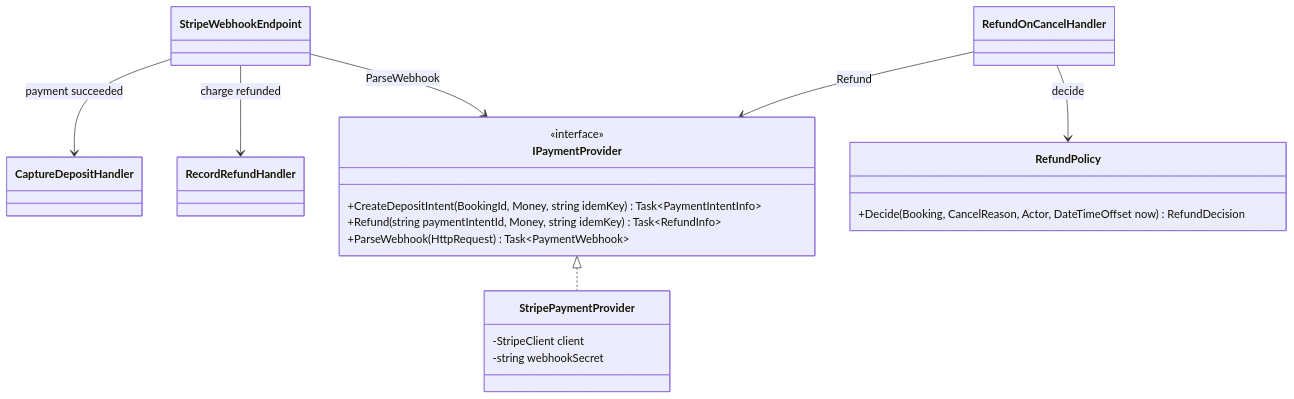
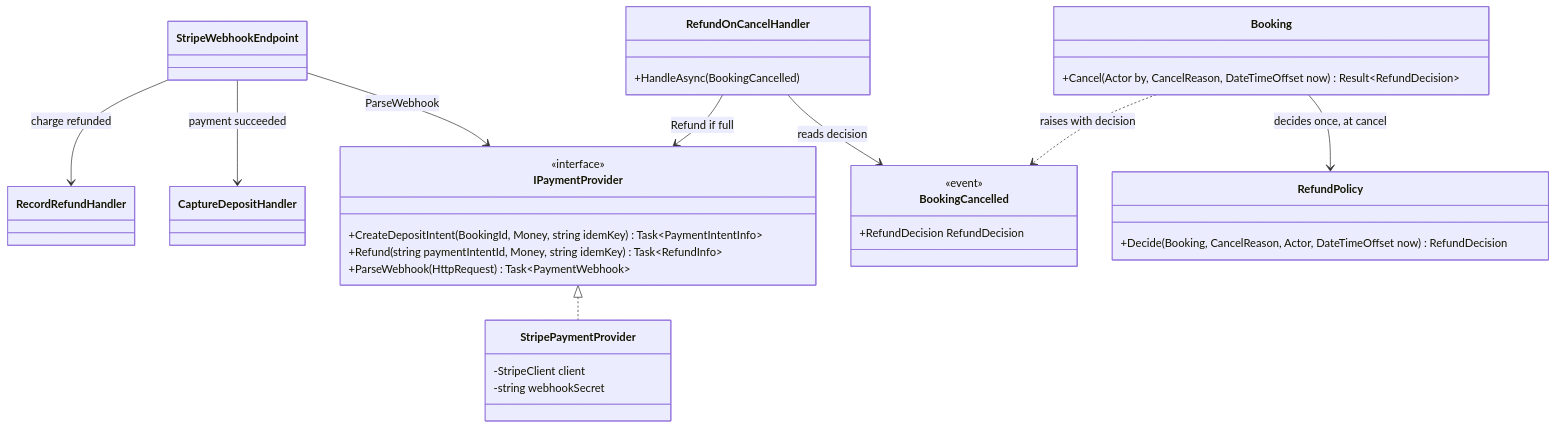
One commit to ring9834/TableReservation changed diagram 21 of 28 in docs/Design.md. Above: the diagram before and after it, drawn with Mermaid. The commit also changed other lines of this file, not shown here.

First line of the commit message:
docs(design): explain payment flows and classes in §8.1

````diff
--- a/docs/Design.md
+++ b/docs/Design.md
@@ -1184,27 +1184,38 @@
 ```mermaid
 classDiagram
     direction TB
     class StripeWebhookEndpoint
-    class RefundOnCancelHandler
     class CaptureDepositHandler
     class RecordRefundHandler
     class IPaymentProvider {
         <<interface>>
         +CreateDepositIntent(BookingId, Money, string idemKey) Task~PaymentIntentInfo~
         +Refund(string paymentIntentId, Money, string idemKey) Task~RefundInfo~
         +ParseWebhook(HttpRequest) Task~PaymentWebhook~
     }
     class StripePaymentProvider {
         -StripeClient client
         -string webhookSecret
     }
+    class Booking {
+        +Cancel(Actor by, CancelReason, DateTimeOffset now) Result~RefundDecision~
+    }
     class RefundPolicy {
         +Decide(Booking, CancelReason, Actor, DateTimeOffset now) RefundDecision
+    }
+    class BookingCancelled {
+        <<event>>
+        +RefundDecision RefundDecision
+    }
+    class RefundOnCancelHandler {
+        +HandleAsync(BookingCancelled)
     }
     StripeWebhookEndpoint --> IPaymentProvider : ParseWebhook
     StripeWebhookEndpoint --> CaptureDepositHandler : payment succeeded
     StripeWebhookEndpoint --> RecordRefundHandler : charge refunded
-    RefundOnCancelHandler --> RefundPolicy : decide
-    RefundOnCancelHandler --> IPaymentProvider : Refund
+    Booking --> RefundPolicy : decides once, at cancel
+    Booking ..> BookingCancelled : raises with decision
+    RefundOnCancelHandler --> BookingCancelled : reads decision
+    RefundOnCancelHandler --> IPaymentProvider : Refund if full
     IPaymentProvider <|.. StripePaymentProvider
 ```
````
